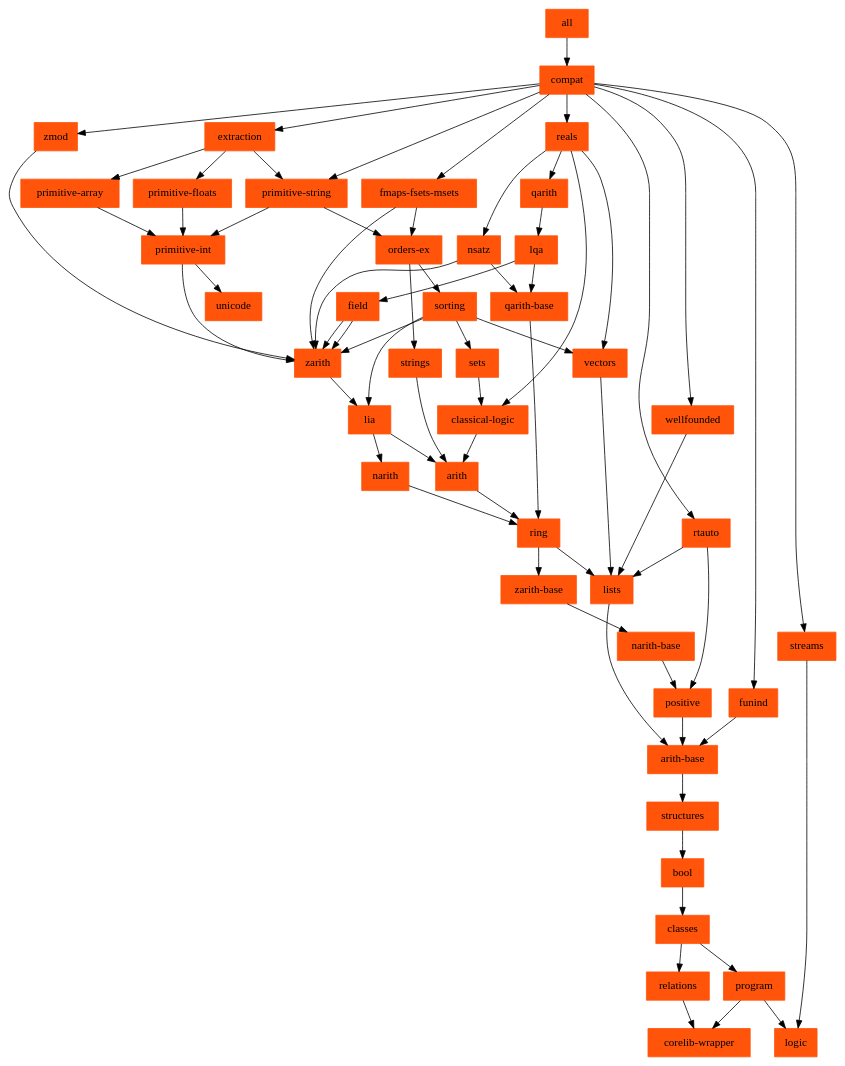
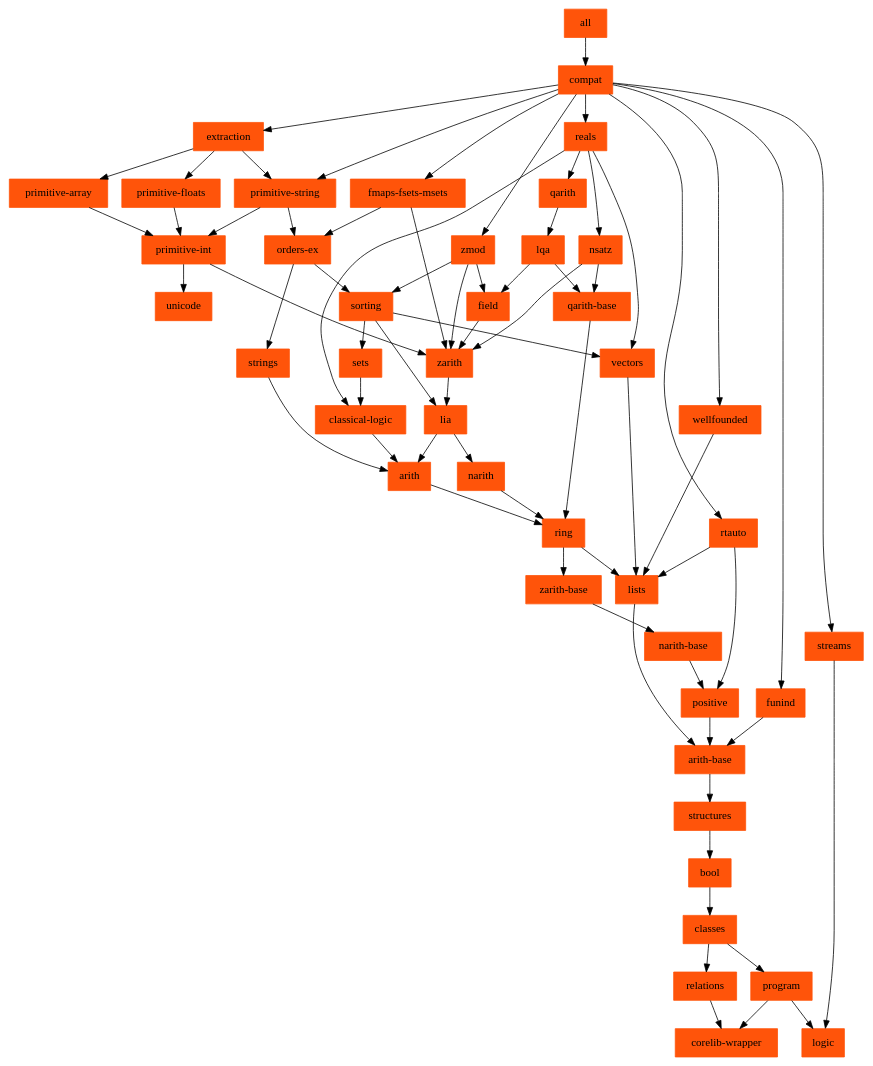
Before and after one commit to rocq-prover/stdlib: the diagram in doc/stdlib/depends.dot, drawn with Graphviz.

Commit message:
fix dependency graph

```diff
--- a/doc/stdlib/depends.dot
+++ b/doc/stdlib/depends.dot
@@ -1,78 +1,78 @@
 # this has been mostly automatically generated by dev/tools/make-depends.sh
 # when editing this, ensure to keep .nix/coq-overlays/stdlib-subcomponents
 # in sync
 digraph stdlib_deps {
 	node [color="#ff540a",
 		shape=rectangle,
 		style=filled
 		URL="#\N"
 	];
 	bool -> classes;
 	classes -> program;
 	classes -> relations;
 	program -> "corelib-wrapper";
 	program -> logic;
 	strings -> arith;
 	reals -> qarith;
 	reals -> vectors;
 	reals -> "classical-logic";
 	reals -> nsatz;
 	"arith-base" -> structures;
 	zarith -> lia;
 	zmod -> zarith;
-	sorting -> zarith;
-	field -> zarith;
+	zmod -> sorting;
+	zmod -> field;
 	qarith -> lqa;
 	positive -> "arith-base";
 	narith -> ring;
 	ring -> lists;
 	ring -> "zarith-base";
 	arith -> ring;
 	structures -> bool;
 	"narith-base" -> positive;
 	lists -> "arith-base";
 	"zarith-base" -> "narith-base";
 	"primitive-int" -> zarith;
 	"primitive-int" -> unicode;
 	lia -> narith;
 	lia -> arith;
 	"fmaps-fsets-msets" -> zarith;
 	"fmaps-fsets-msets" -> "orders-ex";
 	"orders-ex" -> strings;
 	"orders-ex" -> sorting;
 	sets -> "classical-logic";
 	sorting -> lia;
 	sorting -> sets;
 	sorting -> vectors;
 	"primitive-floats" -> "primitive-int";
 	wellfounded -> lists;
 	relations -> "corelib-wrapper";
 	"primitive-string" -> "primitive-int";
 	"primitive-string" -> "orders-ex";
 	vectors -> lists;
 	field -> zarith;
 	lqa -> field;
 	lqa -> "qarith-base";
 	"qarith-base" -> ring;
 	"classical-logic" -> arith;
 	nsatz -> zarith;
 	nsatz -> "qarith-base";
 	extraction -> "primitive-string";
 	extraction -> "primitive-floats";
 	extraction -> "primitive-array";
 	"primitive-array" -> "primitive-int";
 	streams -> logic;
 	funind -> "arith-base";
 	rtauto -> positive;
 	rtauto -> lists;
 	compat -> zmod;
 	compat -> reals;
 	compat -> "fmaps-fsets-msets";
 	compat -> wellfounded;
 	compat -> "primitive-string";
 	compat -> extraction;
 	compat -> streams;
 	compat -> funind;
 	compat -> rtauto;
         all -> compat
 }
```
